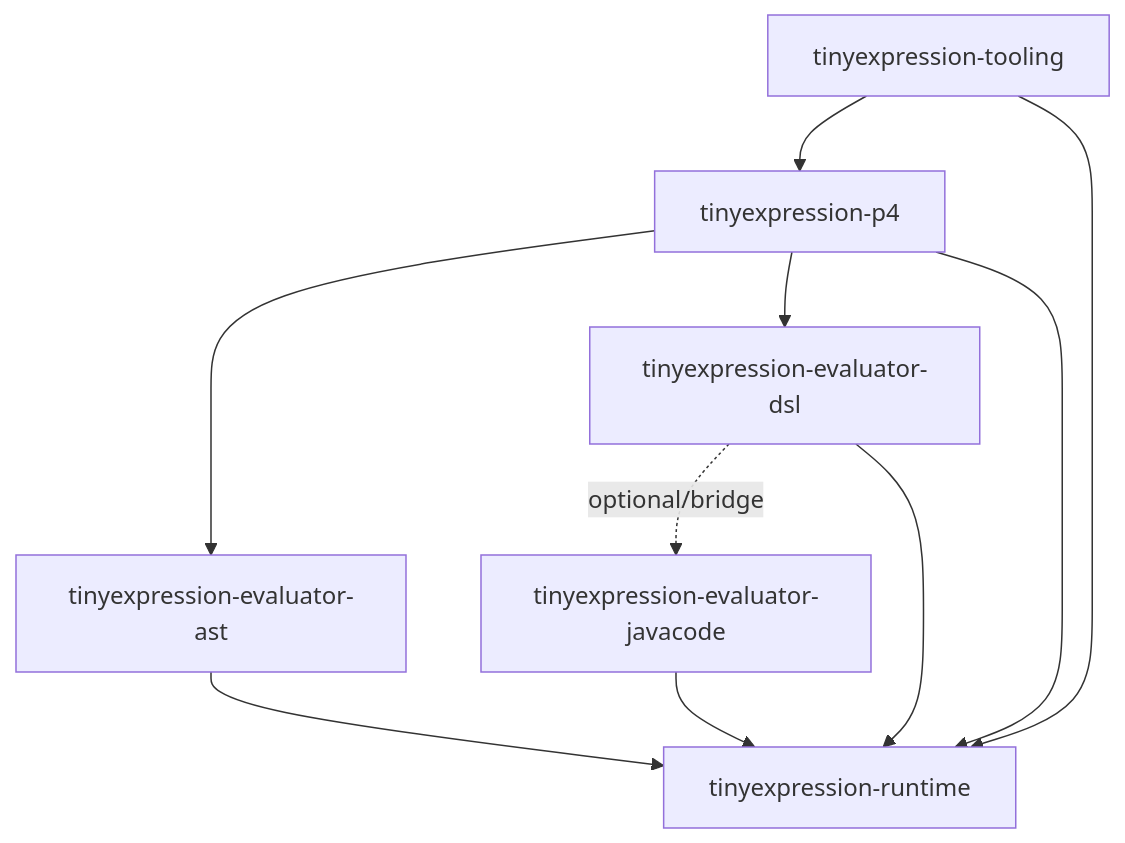
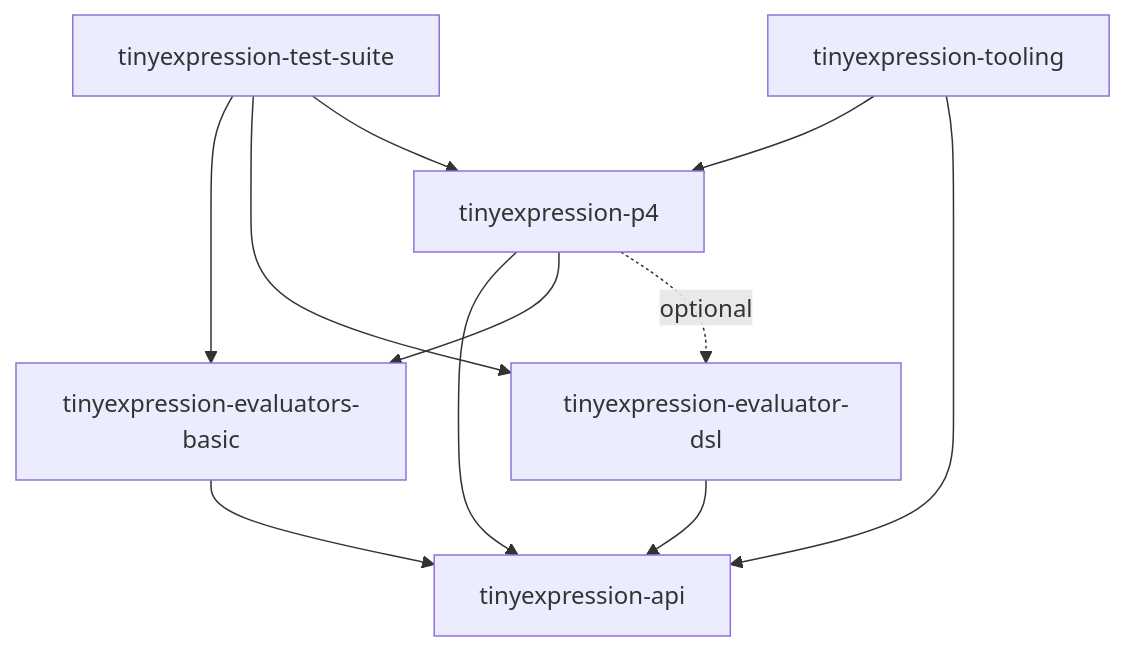
One commit to opaopa6969/tinyexpression changed the diagram in docs/TINYEXPRESSION-MULTIPROJECT-PLAN.md. Above: the diagram before and after it, drawn with Mermaid. The commit also changed other lines of this file, not shown here.

Commit message:
docs(tinyexpression): detail 3-layer architecture and SPI strategy in migration plan

````diff
--- a/docs/TINYEXPRESSION-MULTIPROJECT-PLAN.md
+++ b/docs/TINYEXPRESSION-MULTIPROJECT-PLAN.md
@@ -32,21 +61,23 @@
 ```mermaid
 graph TD
-    runtime[tinyexpression-runtime]
-    ast[tinyexpression-evaluator-ast]
-    javacode[tinyexpression-evaluator-javacode]
+    api[tinyexpression-api]
+    basic[tinyexpression-evaluators-basic]
     dsl[tinyexpression-evaluator-dsl]
     p4[tinyexpression-p4]
     tooling[tinyexpression-tooling]
+    test[tinyexpression-test-suite]
 
-    ast --> runtime
-    javacode --> runtime
-    dsl --> runtime
-    dsl -.->|optional/bridge| javacode
+    basic --> api
+    dsl --> api
     
-    p4 --> runtime
-    p4 --> ast
-    p4 --> dsl
+    p4 --> api
+    p4 --> basic
+    p4 -.->|optional| dsl
     
     tooling --> p4
-    tooling --> runtime
+    tooling --> api
+    
+    test --> basic
+    test --> dsl
+    test --> p4
 ```
````
